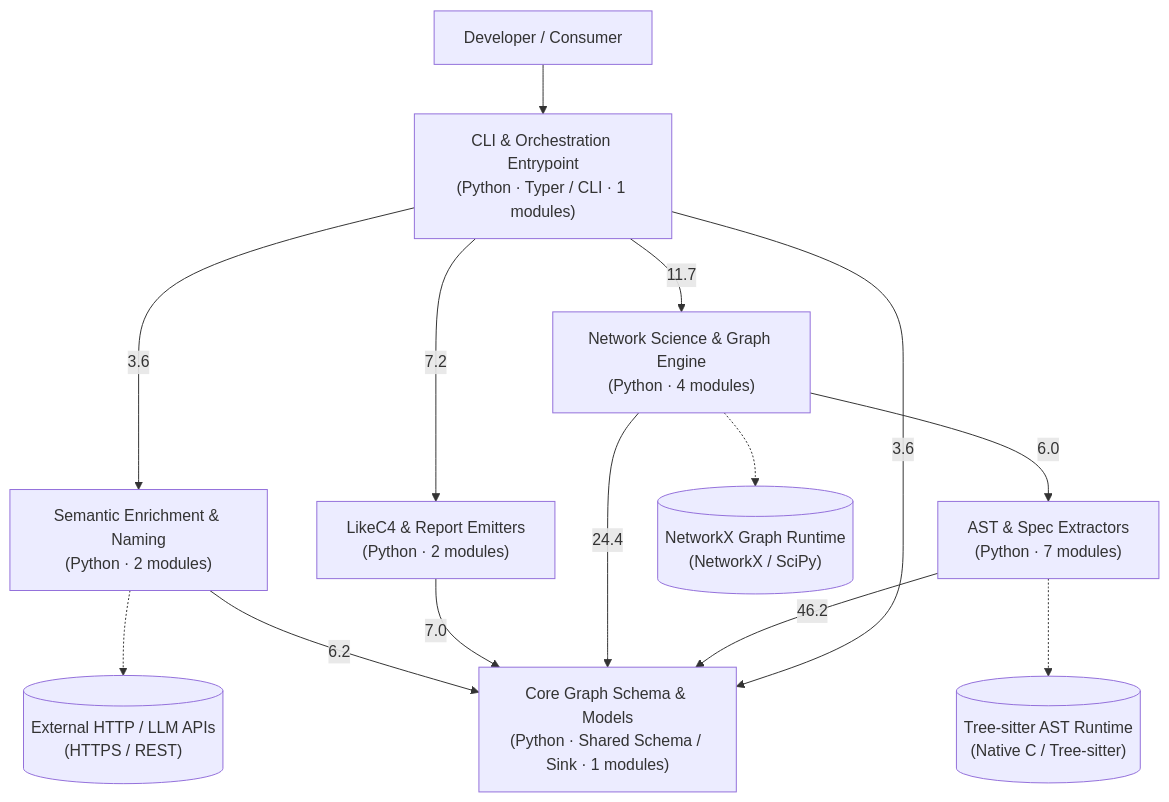
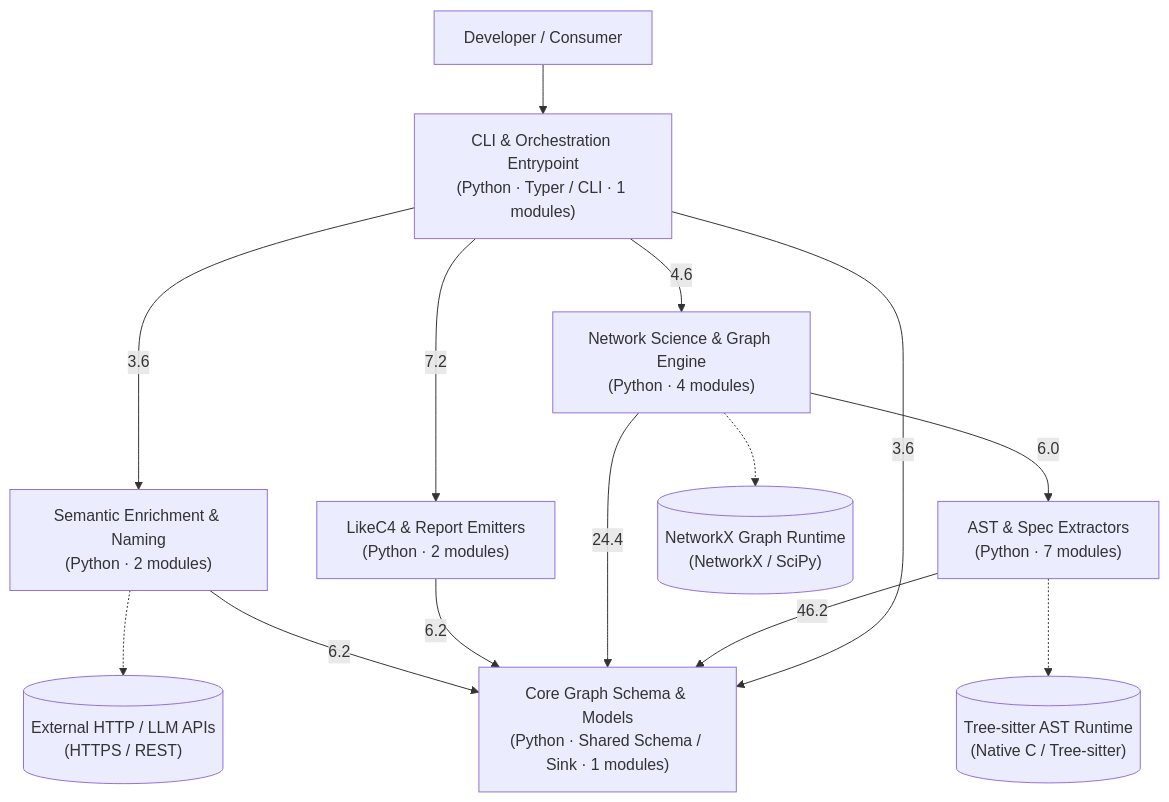
Before and after one commit to balaji/project-varuna: the diagram in docs/architecture/varuna-report.md, drawn with Mermaid. The commit also changed other lines of this file and 2 other files, not shown here.

````diff
--- a/docs/architecture/varuna-report.md
+++ b/docs/architecture/varuna-report.md
@@ -22,26 +22,26 @@
 ```mermaid
 flowchart TD
     Actor["Developer / Consumer"]
     comp_cli["CLI & Orchestration Entrypoint<br/>(Python · Typer / CLI · 1 modules)"]
     comp_extractors["AST & Spec Extractors<br/>(Python · 7 modules)"]
     comp_graph["Network Science & Graph Engine<br/>(Python · 4 modules)"]
     comp_emitters["LikeC4 & Report Emitters<br/>(Python · 2 modules)"]
     comp_enrichment["Semantic Enrichment & Naming<br/>(Python · 2 modules)"]
     comp_models["Core Graph Schema & Models<br/>(Python · Shared Schema / Sink · 1 modules)"]
     ext_external_http_llm_apis[("External HTTP / LLM APIs<br/>(HTTPS / REST)")]
     ext_tree_sitter_ast_runtime[("Tree-sitter AST Runtime<br/>(Native C / Tree-sitter)")]
     ext_networkx_graph_runtime[("NetworkX Graph Runtime<br/>(NetworkX / SciPy)")]
     Actor --> comp_cli
     comp_cli -->|"7.2"| comp_emitters
     comp_cli -->|"3.6"| comp_enrichment
-    comp_cli -->|"11.7"| comp_graph
+    comp_cli -->|"4.6"| comp_graph
     comp_cli -->|"3.6"| comp_models
     comp_extractors -->|"46.2"| comp_models
     comp_extractors -.-> ext_tree_sitter_ast_runtime
     comp_graph -->|"6.0"| comp_extractors
     comp_graph -->|"24.4"| comp_models
     comp_graph -.-> ext_networkx_graph_runtime
-    comp_emitters -->|"7.0"| comp_models
+    comp_emitters -->|"6.2"| comp_models
     comp_enrichment -->|"6.2"| comp_models
     comp_enrichment -.-> ext_external_http_llm_apis
 ```
````
